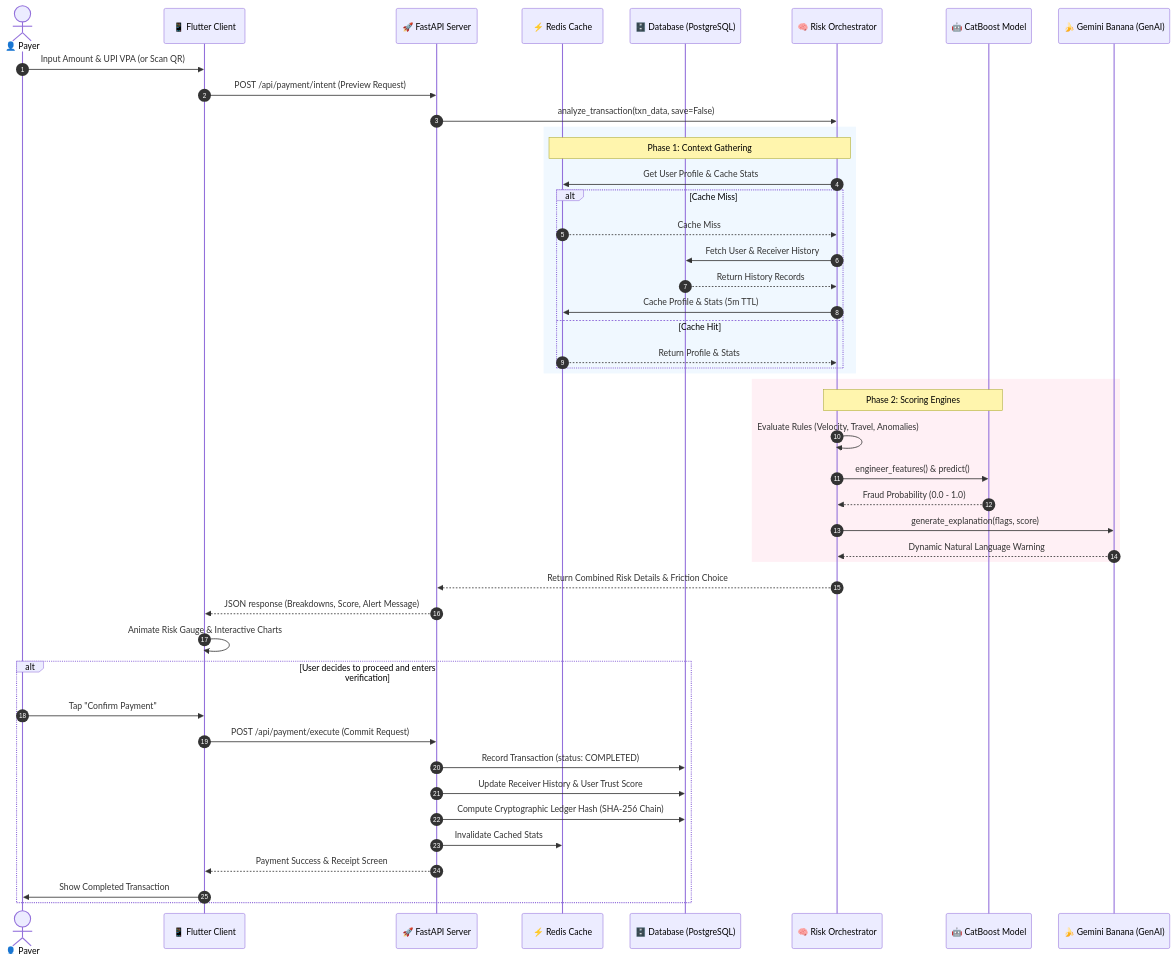
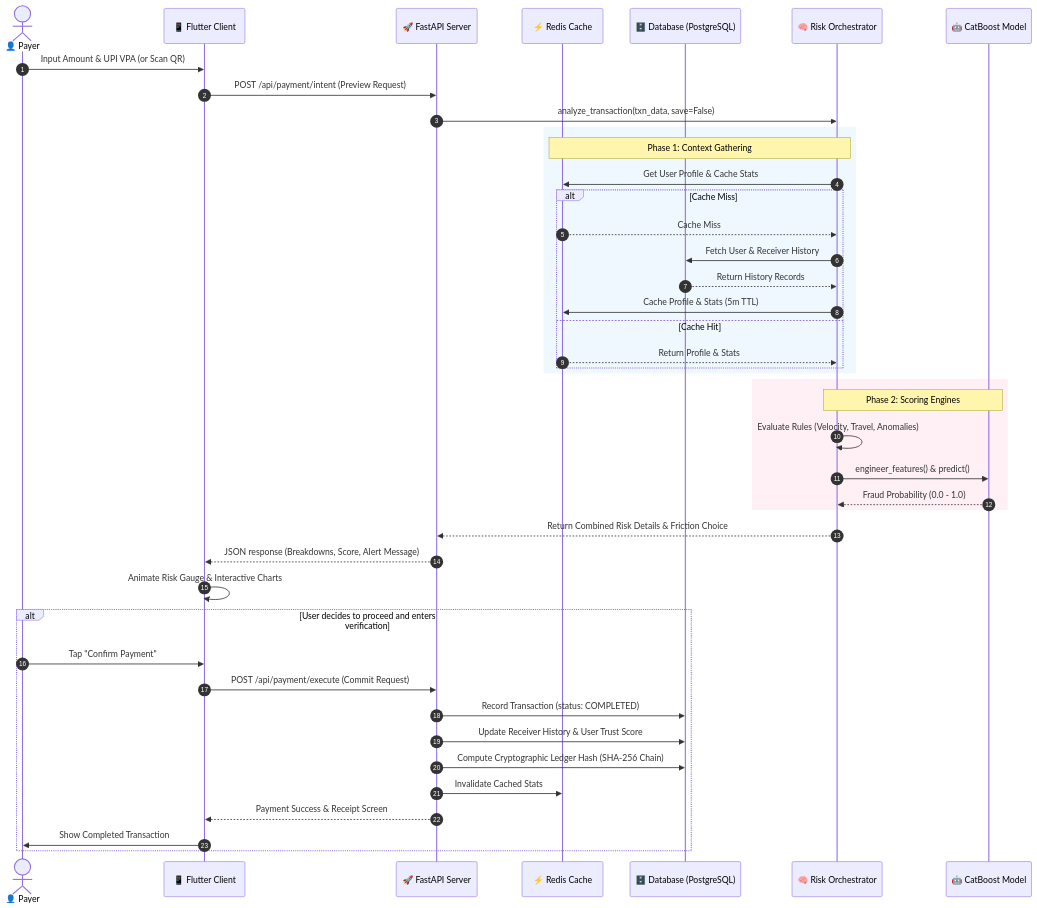
Before and after one commit to Harinath077/Sentra-Pay: the second of 2 diagrams in README.md, drawn with Mermaid. The commit also changed other lines of this file, not shown here.

Commit message:
docs: rename to Sentra Pay and remove Gemini Banana references

````diff
--- a/README.md
+++ b/README.md
@@ -114,53 +111,50 @@
 ```mermaid
 sequenceDiagram
     autonumber
     actor User as 👤 Payer
     participant App as 📱 Flutter Client
     participant API as 🚀 FastAPI Server
     participant Redis as ⚡ Redis Cache
     participant DB as 🗄️ Database (PostgreSQL)
     participant Orch as 🧠 Risk Orchestrator
     participant ML as 🤖 CatBoost Model
-    participant Gemini as 🍌 Gemini Banana (GenAI)
 
     User->>App: Input Amount & UPI VPA (or Scan QR)
     App->>API: POST /api/payment/intent (Preview Request)
     API->>Orch: analyze_transaction(txn_data, save=False)
     
     rect rgb(240, 248, 255)
         Note over Orch, Redis: Phase 1: Context Gathering
         Orch->>Redis: Get User Profile & Cache Stats
         alt Cache Miss
             Redis-->>Orch: Cache Miss
             Orch->>DB: Fetch User & Receiver History
             DB-->>Orch: Return History Records
             Orch->>Redis: Cache Profile & Stats (5m TTL)
         else Cache Hit
             Redis-->>Orch: Return Profile & Stats
         end
     end
 
     rect rgb(255, 240, 245)
         Note over Orch, ML: Phase 2: Scoring Engines
         Orch->>Orch: Evaluate Rules (Velocity, Travel, Anomalies)
         Orch->>ML: engineer_features() & predict()
         ML-->>Orch: Fraud Probability (0.0 - 1.0)
-        Orch->>Gemini: generate_explanation(flags, score)
-        Gemini-->>Orch: Dynamic Natural Language Warning
     end
 
     Orch-->>API: Return Combined Risk Details & Friction Choice
     API-->>App: JSON response (Breakdowns, Score, Alert Message)
     App->>App: Animate Risk Gauge & Interactive Charts
     
     alt User decides to proceed and enters verification
         User->>App: Tap "Confirm Payment"
         App->>API: POST /api/payment/execute (Commit Request)
         API->>DB: Record Transaction (status: COMPLETED)
         API->>DB: Update Receiver History & User Trust Score
         API->>DB: Compute Cryptographic Ledger Hash (SHA-256 Chain)
         API->>Redis: Invalidate Cached Stats
         API-->>App: Payment Success & Receipt Screen
         App->>User: Show Completed Transaction
     end
 ```
````
